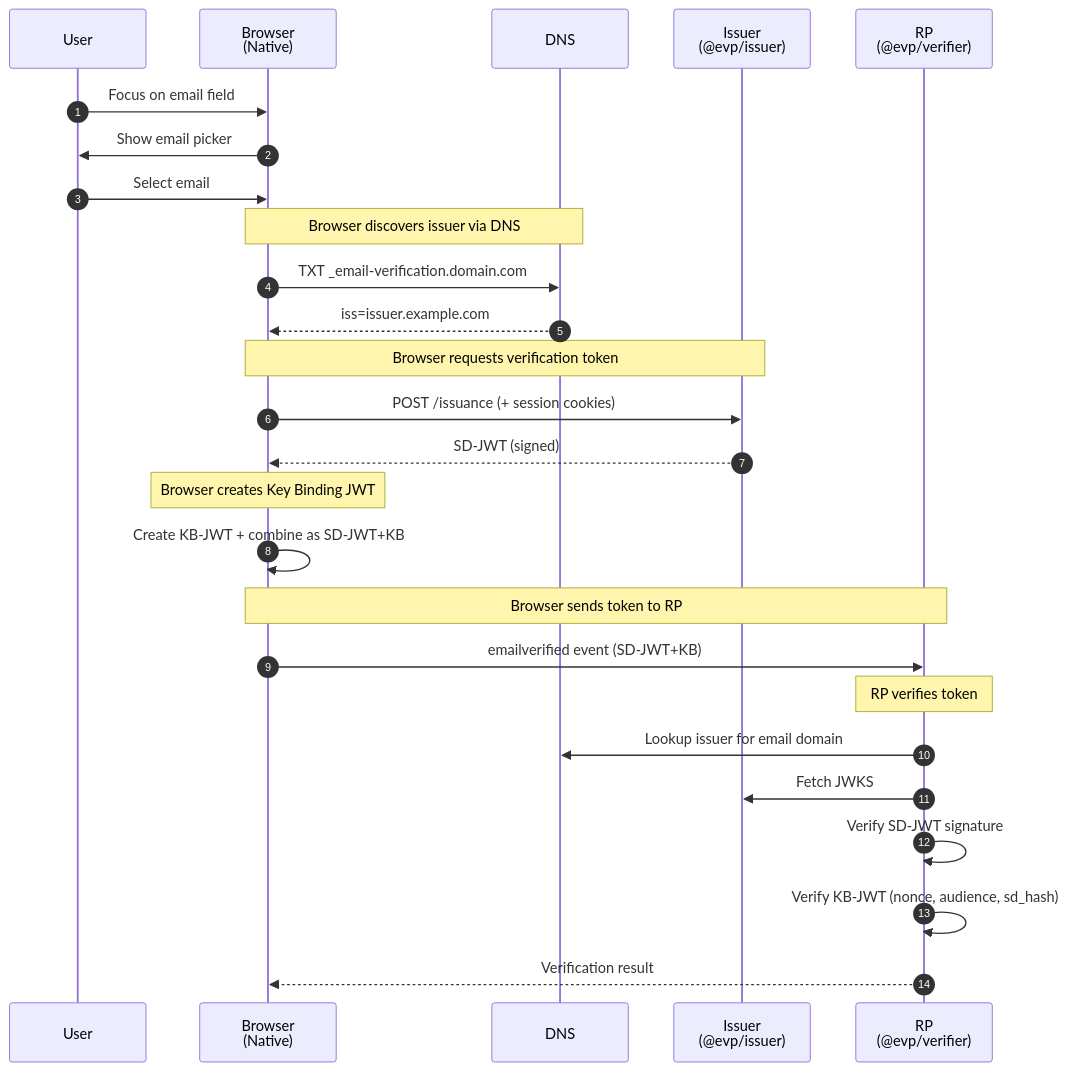
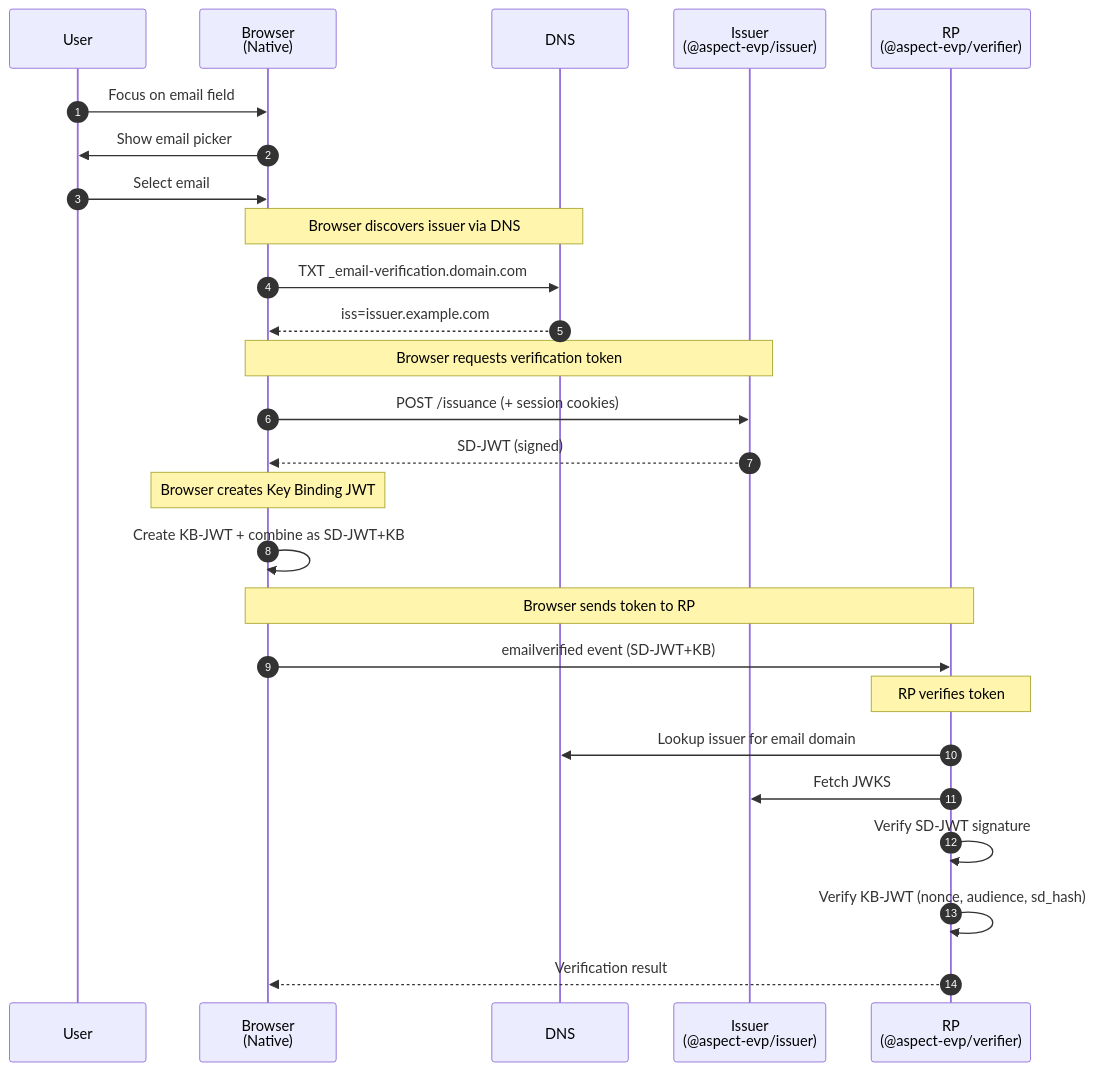
The diagram in README.md (aspect-evp/evp-js), drawn with Mermaid before and after one commit. The commit also changed other lines of this file and 45 other files, not shown here.

````diff
--- a/README.md
+++ b/README.md
@@ -69,34 +69,34 @@
 ```mermaid
 sequenceDiagram
     autonumber
     participant User
     participant Browser as Browser<br/>(Native)
     participant DNS
-    participant Issuer as Issuer<br/>(@evp/issuer)
-    participant RP as RP<br/>(@evp/verifier)
+    participant Issuer as Issuer<br/>(@aspect-evp/issuer)
+    participant RP as RP<br/>(@aspect-evp/verifier)
 
     User->>Browser: Focus on email field
     Browser->>User: Show email picker
     User->>Browser: Select email
 
     Note over Browser,DNS: Browser discovers issuer via DNS
     Browser->>DNS: TXT _email-verification.domain.com
     DNS-->>Browser: iss=issuer.example.com
 
     Note over Browser,Issuer: Browser requests verification token
     Browser->>Issuer: POST /issuance (+ session cookies)
     Issuer-->>Browser: SD-JWT (signed)
 
     Note over Browser: Browser creates Key Binding JWT
     Browser->>Browser: Create KB-JWT + combine as SD-JWT+KB
 
     Note over Browser,RP: Browser sends token to RP
     Browser->>RP: emailverified event (SD-JWT+KB)
 
     Note over RP: RP verifies token
     RP->>DNS: Lookup issuer for email domain
     RP->>Issuer: Fetch JWKS
     RP->>RP: Verify SD-JWT signature
     RP->>RP: Verify KB-JWT (nonce, audience, sd_hash)
     RP-->>Browser: Verification result
 ```
````
